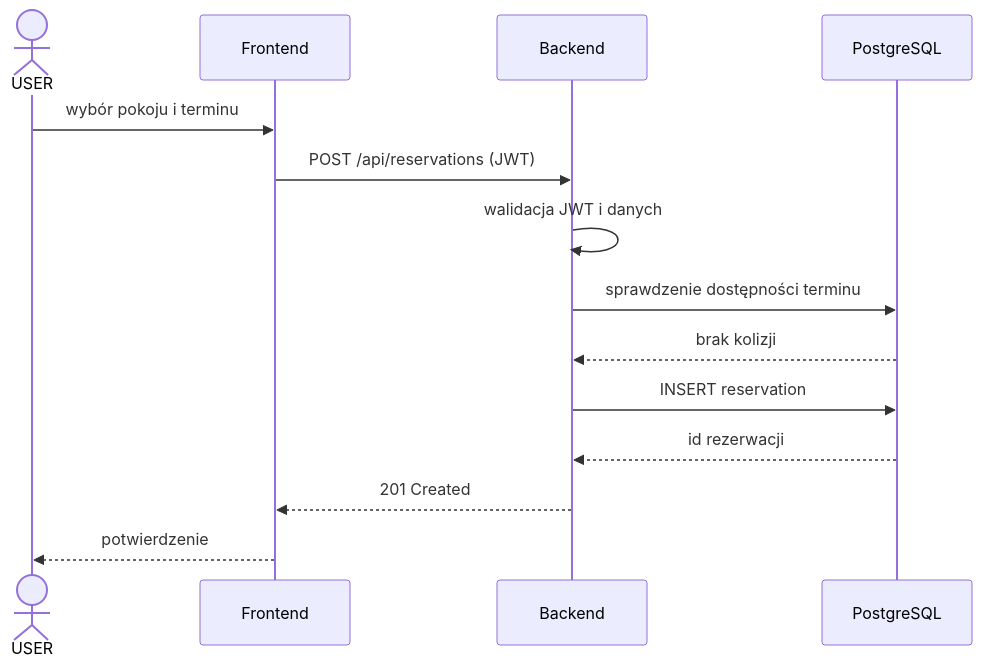
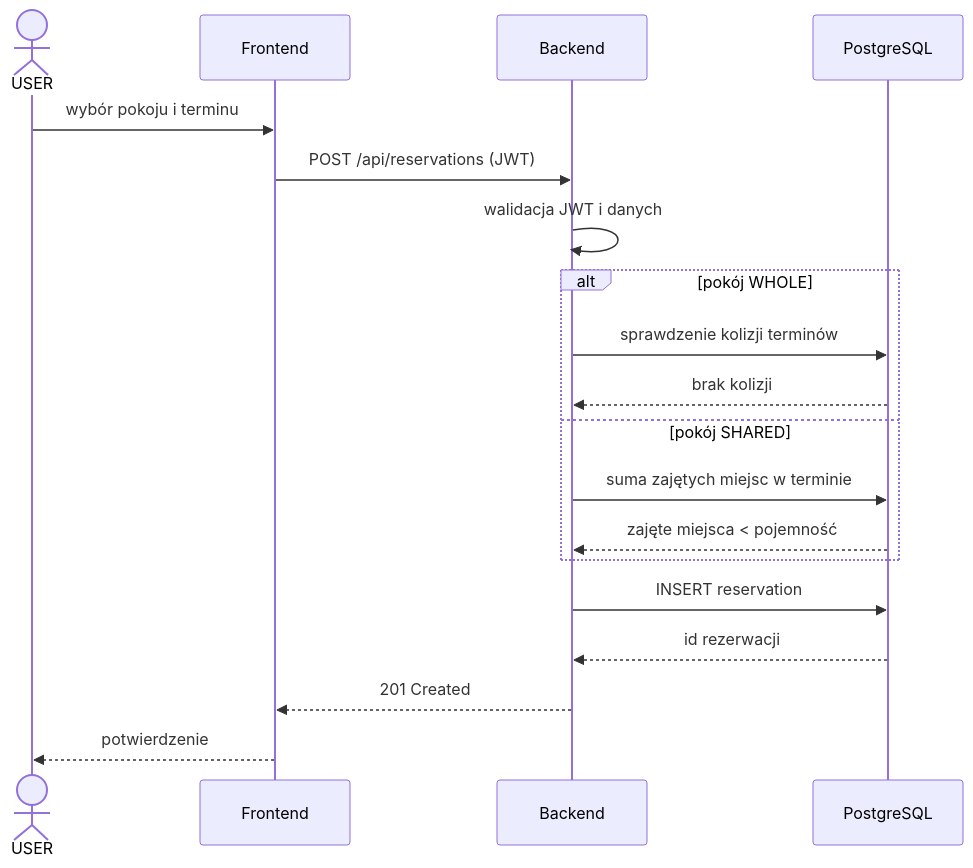
The fifth of 5 diagrams in docs/04_role_i_przyklady.md (sh1zer/bnabd), drawn with Mermaid before and after one commit. The commit also changed 14 other files, not shown here.

Commit message:
added room type (shared/whole) distinction

````diff
--- a/docs/04_role_i_przyklady.md
+++ b/docs/04_role_i_przyklady.md
@@ -132,16 +132,21 @@
 ```mermaid
 sequenceDiagram
     actor U as USER
     participant F as Frontend
     participant B as Backend
     participant DB as PostgreSQL
     U->>F: wybór pokoju i terminu
     F->>B: POST /api/reservations (JWT)
     B->>B: walidacja JWT i danych
-    B->>DB: sprawdzenie dostępności terminu
-    DB-->>B: brak kolizji
+    alt pokój WHOLE
+        B->>DB: sprawdzenie kolizji terminów
+        DB-->>B: brak kolizji
+    else pokój SHARED
+        B->>DB: suma zajętych miejsc w terminie
+        DB-->>B: zajęte miejsca < pojemność
+    end
     B->>DB: INSERT reservation
     DB-->>B: id rezerwacji
     B-->>F: 201 Created
     F-->>U: potwierdzenie
 ```
````
